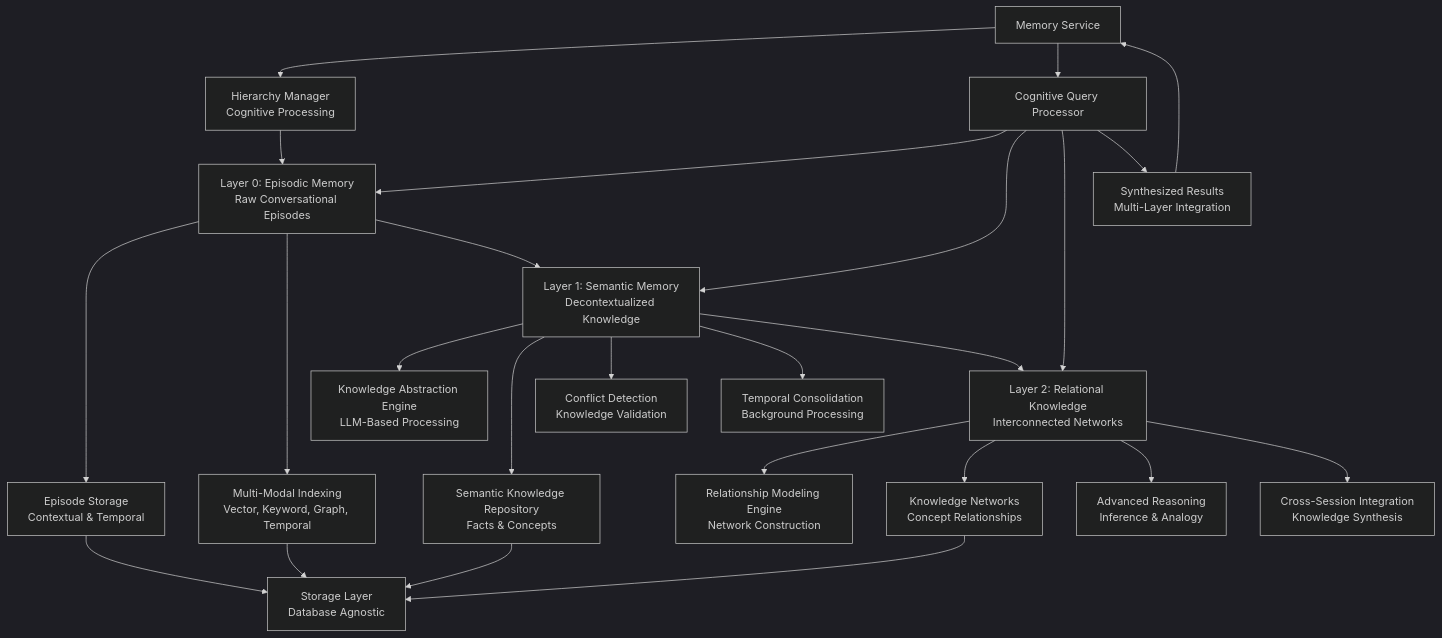
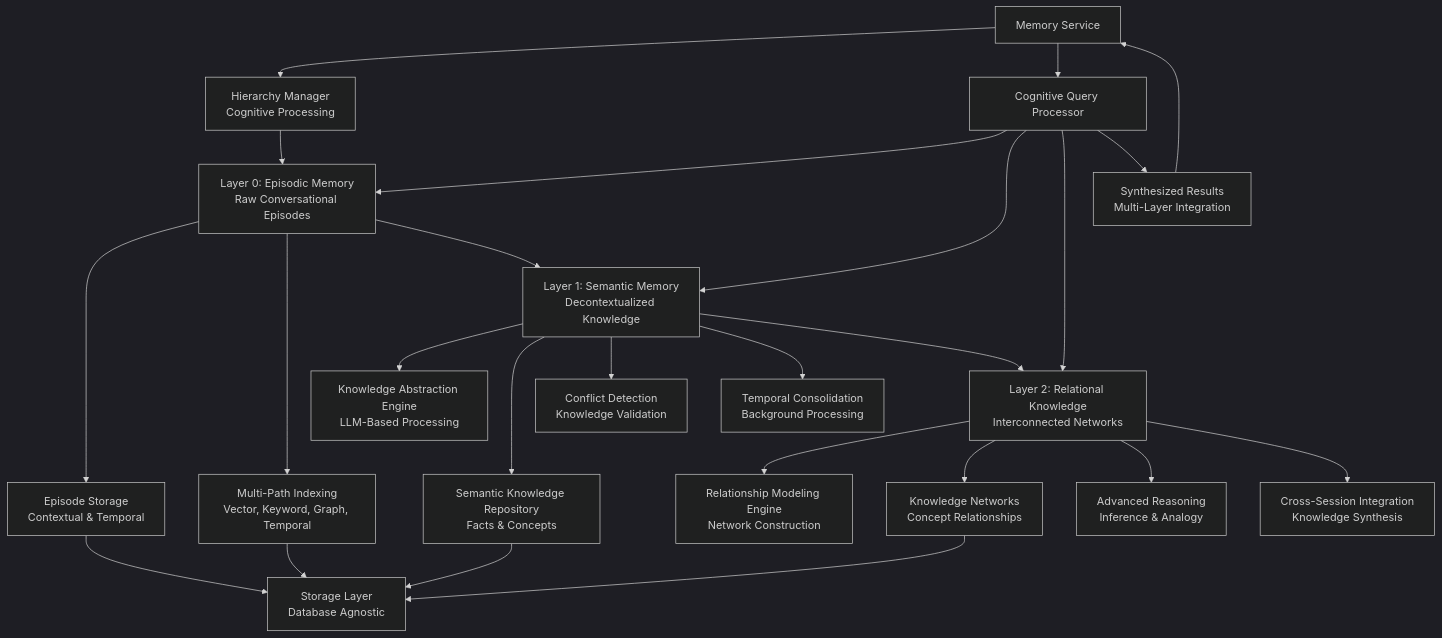
One commit to memfuse/memfuse changed the fifth of 8 diagrams in docs/architecture/memory.md. Above: the diagram before and after it, drawn with Mermaid (dark theme). The commit also changed other lines of this file and 40 other files, not shown here.

First line of the commit message:
feat(buffer): update architecture and implementation status

````diff
--- a/docs/architecture/memory.md
+++ b/docs/architecture/memory.md
@@ -885,38 +1050,38 @@
 ```mermaid
 graph TB
     %% Memory Service Layer
     MS[Memory Service] --> HM[Hierarchy Manager<br/>Cognitive Processing]
 
     %% Layer 0: Episodic Memory
     HM --> L0[Layer 0: Episodic Memory<br/>Raw Conversational Episodes]
     L0 --> ES[Episode Storage<br/>Contextual & Temporal]
-    L0 --> MI[Multi-Modal Indexing<br/>Vector, Keyword, Graph, Temporal]
+    L0 --> MI[Multi-Path Indexing<br/>Vector, Keyword, Graph, Temporal]
 
     %% Layer 1: Semantic Memory
     L0 --> L1[Layer 1: Semantic Memory<br/>Decontextualized Knowledge]
     L1 --> KAE[Knowledge Abstraction Engine<br/>LLM-Based Processing]
     L1 --> SKR[Semantic Knowledge Repository<br/>Facts & Concepts]
     L1 --> CD[Conflict Detection<br/>Knowledge Validation]
     L1 --> TC[Temporal Consolidation<br/>Background Processing]
 
     %% Layer 2: Relational Knowledge
     L1 --> L2[Layer 2: Relational Knowledge<br/>Interconnected Networks]
     L2 --> RME[Relationship Modeling Engine<br/>Network Construction]
     L2 --> KN[Knowledge Networks<br/>Concept Relationships]
     L2 --> AR[Advanced Reasoning<br/>Inference & Analogy]
     L2 --> CSI[Cross-Session Integration<br/>Knowledge Synthesis]
 
     %% Storage Layer Abstraction
     ES --> SL[Storage Layer<br/>Database Agnostic]
     MI --> SL
     SKR --> SL
     KN --> SL
 
     %% Query Processing
     MS --> QP[Cognitive Query Processor]
     QP --> L0
     QP --> L1
     QP --> L2
     QP --> QR[Synthesized Results<br/>Multi-Layer Integration]
     QR --> MS
 ```
````
